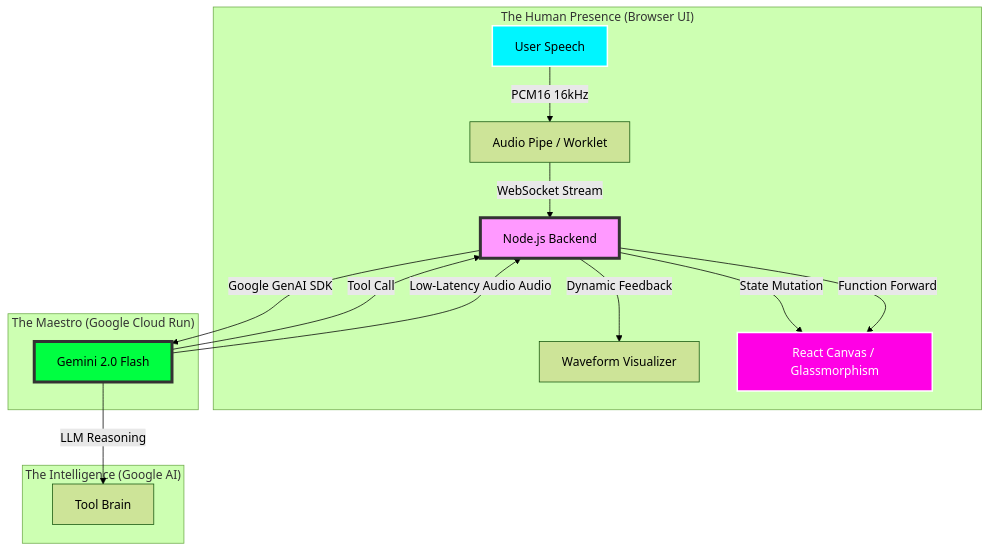
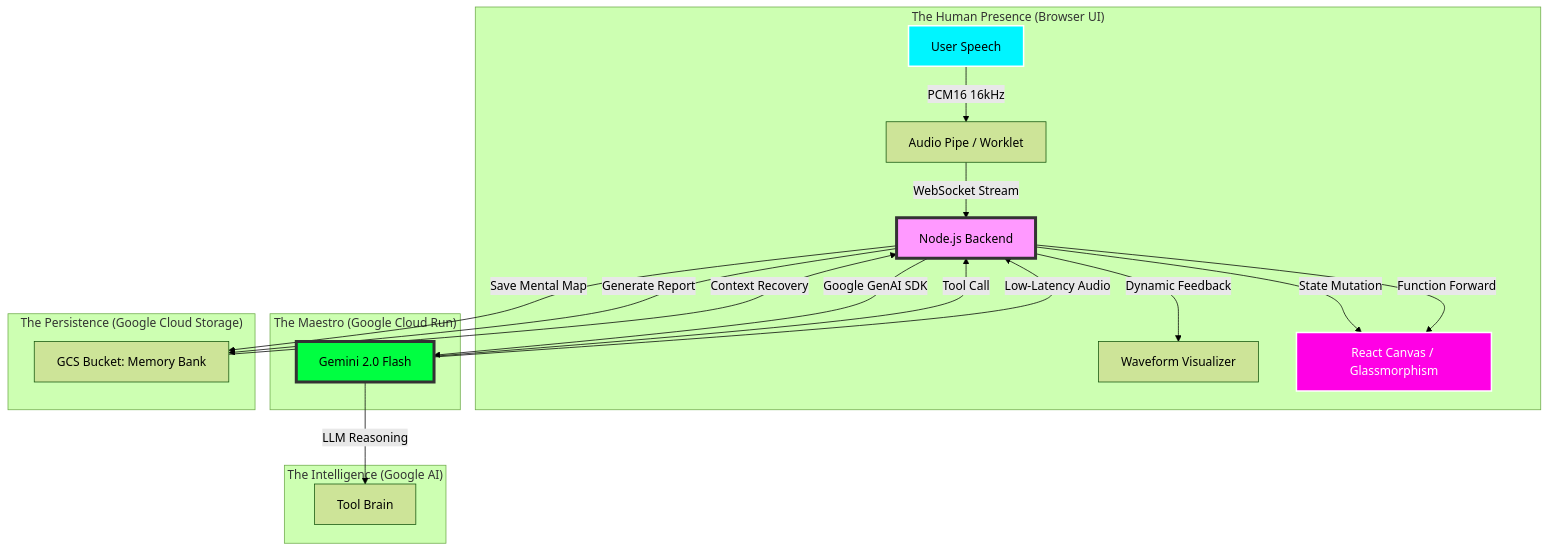
Before and after one commit to M7mdRef3t/dawayir-live-agent: the first of 2 diagrams in ARCHITECTURE.md, drawn with Mermaid (forest theme). The commit also changed other lines of this file and 15 other files, not shown here.

````diff
--- a/ARCHITECTURE.md
+++ b/ARCHITECTURE.md
@@ -7,25 +7,31 @@
 ```mermaid
 graph TD
     subgraph "The Human Presence (Browser UI)"
         U[User Speech] -->|PCM16 16kHz| AP[Audio Pipe / Worklet]
         AP -->|WebSocket Stream| NB[Node.js Maestro]
         NB -->|Dynamic Feedback| V[Waveform Visualizer]
         NB -->|State Mutation| RC[React Canvas / Glassmorphism]
     end
 
     subgraph "The Maestro (Google Cloud Run)"
         NB[Node.js Backend] -->|Google GenAI SDK| GL[Gemini Live API Session]
         GL -->|Tool Call| NB
         NB -->|Function Forward| RC
     end
 
+    subgraph "The Persistence (Google Cloud Storage)"
+        NB -->|Save Mental Map| GCS[GCS Bucket: Memory Bank]
+        NB -->|Generate Report| GCS
+        GCS -->|Context Recovery| NB
+    end
+
     subgraph "The Intelligence (Google AI)"
         GL[Gemini 2.0 Flash] -->|LLM Reasoning| TB[Tool Brain]
-        GL -->|Low-Latency Audio Audio| NB
+        GL -->|Low-Latency Audio| NB
     end
 
     style U fill:#00F5FF,stroke:#fff,stroke-width:2px,color:#000
     style NB fill:#f9f,stroke:#333,stroke-width:4px
     style GL fill:#00FF41,stroke:#333,stroke-width:4px,color:#000
     style RC fill:#FF00E5,stroke:#fff,stroke-width:2px,color:#fff
 ```
````
